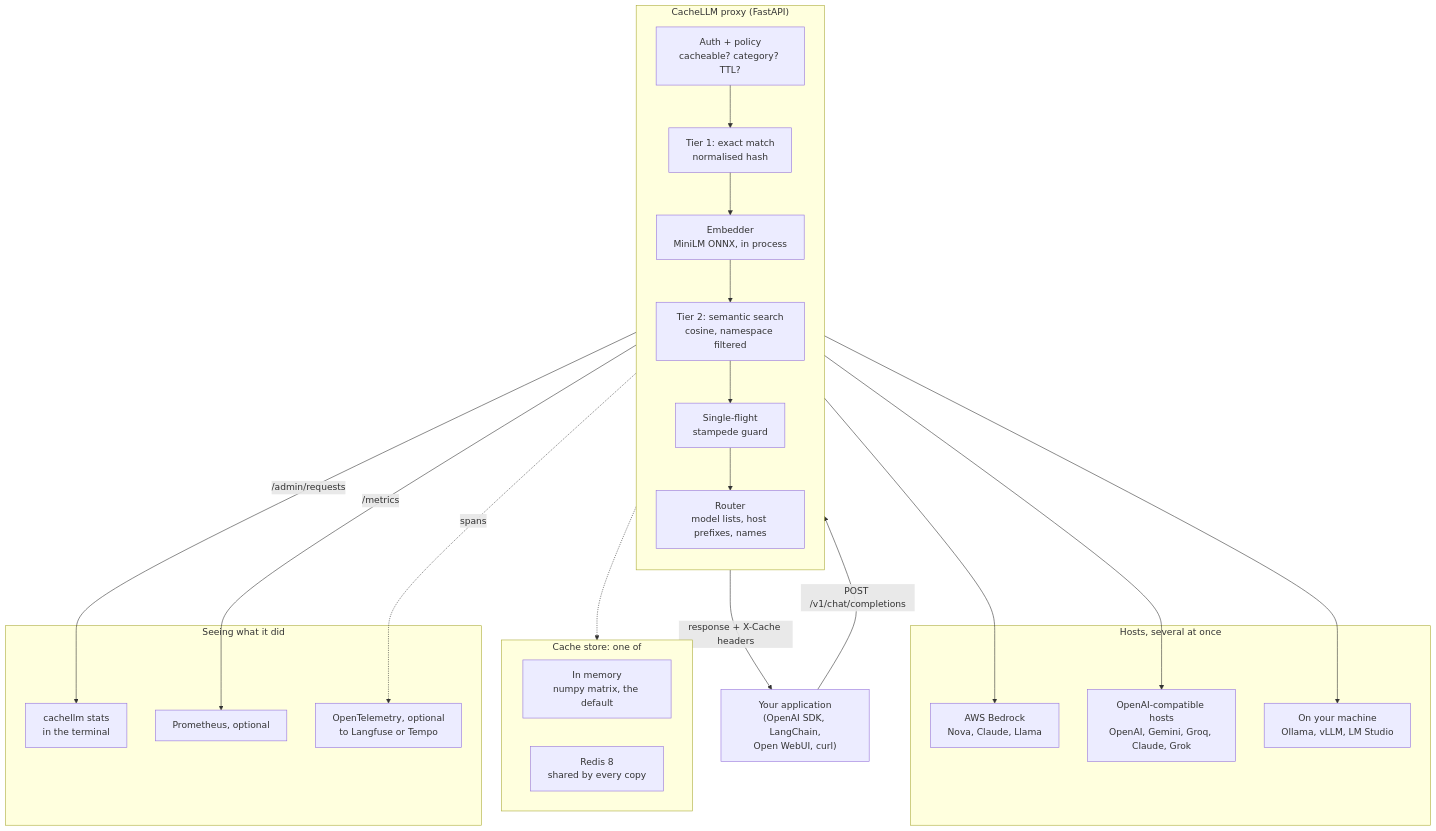
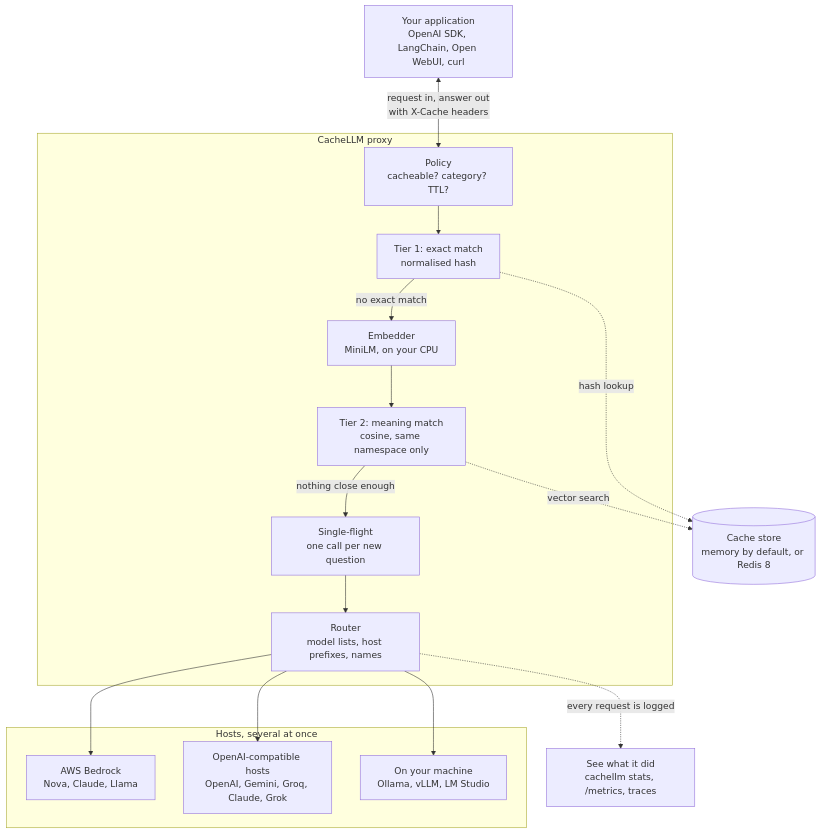
One commit to adarshcod30/CacheLLM changed the first of 2 diagrams in README.md. Above: the diagram before and after it, drawn with Mermaid. The commit also changed other lines of this file, not shown here.

Commit message:
Redraw the architecture diagram so no line runs behind a box
Arrows used to start from whole groups, such as the proxy box, so GitHub drew
them behind the store and monitoring boxes with their labels overlapping. Every
arrow now joins two specific boxes, the request and answer share one
two-way arrow, and the store and monitoring sit beside the steps that use
them. In the request flow, the proxy's own steps are notes instead of
self-arrows, so their text no longer crosses the lifeline. Both diagrams were
rendered with Mermaid 11 in GitHub's light and dark themes before committing.

````diff
--- a/README.md
+++ b/README.md
@@ -195,42 +195,37 @@
 ```mermaid
 flowchart TB
-    App["Your application<br/>(OpenAI SDK, LangChain,<br/>Open WebUI, curl)"]
+    App["Your application<br/>OpenAI SDK, LangChain, Open WebUI, curl"]
 
-    subgraph Proxy["CacheLLM proxy (FastAPI)"]
-        direction TB
-        Auth["Auth + policy<br/>cacheable? category? TTL?"]
-        L1["Tier 1: exact match<br/>normalised hash"]
-        Embed["Embedder<br/>MiniLM ONNX, in process"]
-        L2["Tier 2: semantic search<br/>cosine, namespace filtered"]
-        Flight["Single-flight<br/>stampede guard"]
+    subgraph Proxy["CacheLLM proxy"]
+        Policy["Policy<br/>cacheable? category? TTL?"]
+        Exact["Tier 1: exact match<br/>normalised hash"]
+        Embed["Embedder<br/>MiniLM, on your CPU"]
+        Semantic["Tier 2: meaning match<br/>cosine, same namespace only"]
+        Flight["Single-flight<br/>one call per new question"]
         Router["Router<br/>model lists, host prefixes, names"]
-        Auth --> L1 --> Embed --> L2 --> Flight --> Router
+        Policy --> Exact
+        Exact -->|no exact match| Embed
+        Embed --> Semantic
+        Semantic -->|nothing close enough| Flight
+        Flight --> Router
     end
 
-    subgraph Store["Cache store: one of"]
-        Memory["In memory<br/>numpy matrix, the default"]
-        Redis["Redis 8<br/>shared by every copy"]
-    end
+    Store[("Cache store<br/>memory by default, or Redis 8")]
+    Exact -.->|hash lookup| Store
+    Semantic -.->|vector search| Store
 
-    subgraph Providers["Hosts, several at once"]
+    subgraph Hosts["Hosts, several at once"]
         Bedrock["AWS Bedrock<br/>Nova, Claude, Llama"]
         Hosted["OpenAI-compatible hosts<br/>OpenAI, Gemini, Groq, Claude, Grok"]
         Local["On your machine<br/>Ollama, vLLM, LM Studio"]
     end
 
-    subgraph Obs["Seeing what it did"]
-        Term["cachellm stats<br/>in the terminal"]
-        Prom["Prometheus, optional"]
-        Otel["OpenTelemetry, optional<br/>to Langfuse or Tempo"]
-    end
-
-    App -->|"POST /v1/chat/completions"| Auth
-    Proxy -.-> Store
     Router --> Bedrock
     Router --> Hosted
     Router --> Local
-    Proxy -->|"/admin/requests"| Term
-    Proxy -->|"/metrics"| Prom
-    Proxy -.->|"spans"| Otel
-    Proxy -->|"response + X-Cache headers"| App
+
+    Watch["See what it did<br/>cachellm stats, /metrics, traces"]
+    Router -.->|every request is logged| Watch
+
+    App <-->|"request in, answer out<br/>with X-Cache headers"| Policy
 ```
````
